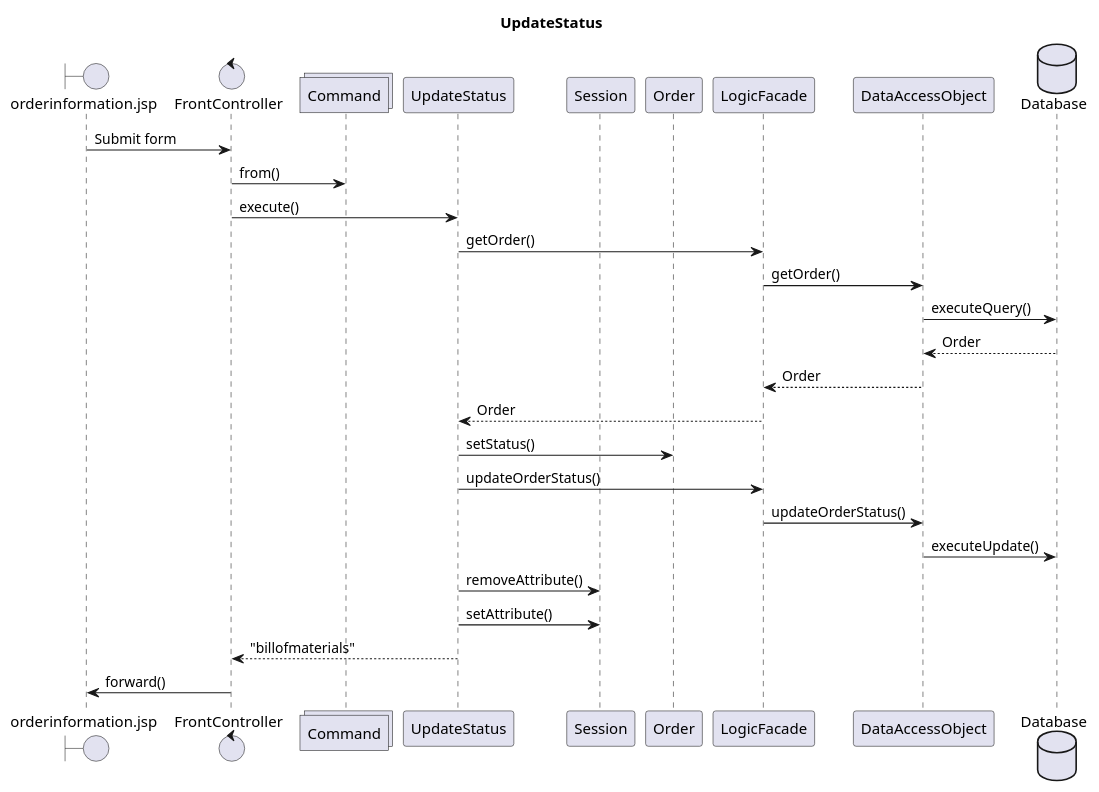
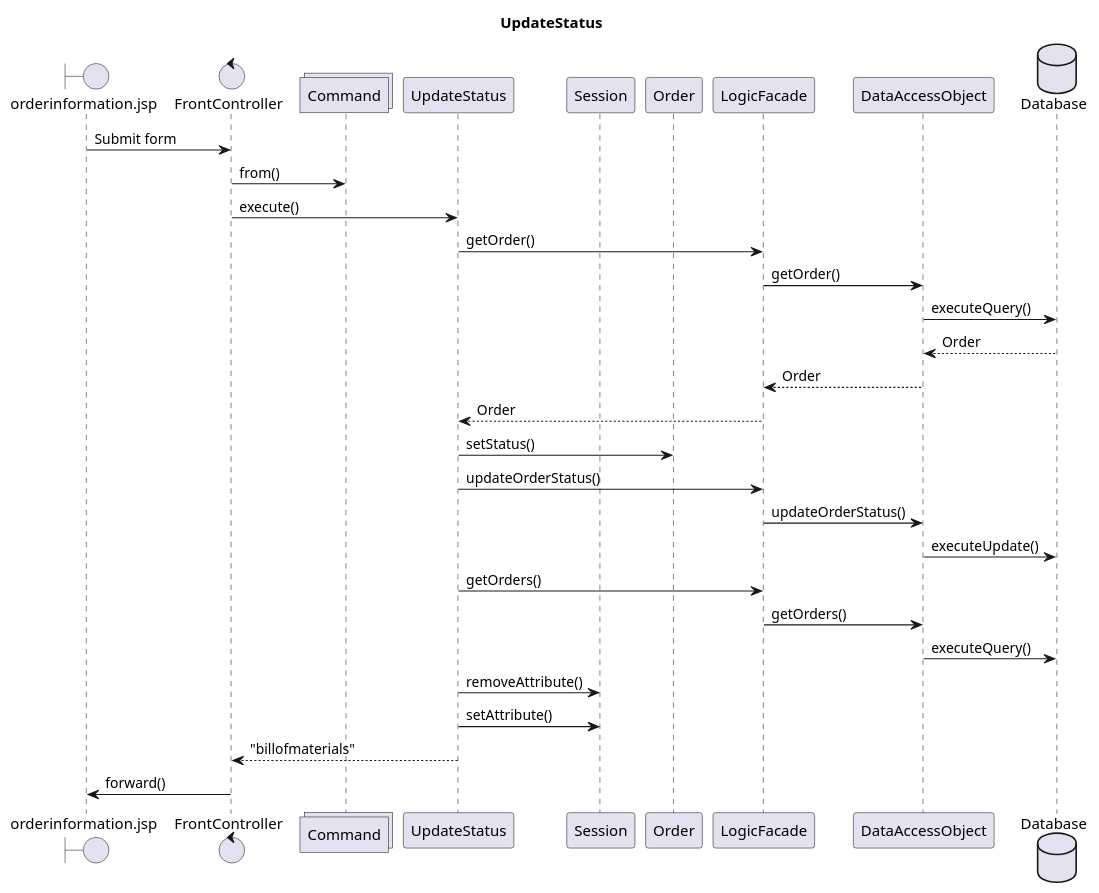
The diagram in src/main/java/Diagrams/UpdateStatusSSD.puml (EmilVHermansen/Carport), drawn with PlantUML before and after one commit. The commit also changed 1 other file, not shown here.

Commit message:
added updateStatusSSD

```diff
--- a/src/main/java/Diagrams/UpdateStatusSSD.puml
+++ b/src/main/java/Diagrams/UpdateStatusSSD.puml
@@ -1,32 +1,35 @@
 @startuml
 
 title UpdateStatus
 boundary orderinformation.jsp
 control FrontController
 collections Command
 participant UpdateStatus
 participant Session
 participant Order
 participant LogicFacade as LF
 participant DataAccessObject as DAO
 database Database as DB
 
 orderinformation.jsp -> FrontController: Submit form
 FrontController -> Command: from()
 FrontController -> UpdateStatus: execute()
 UpdateStatus -> LF: getOrder()
 LF -> DAO: getOrder()
 DAO -> DB: executeQuery()
 DB --> DAO: Order
 DAO --> LF: Order
 LF --> UpdateStatus: Order
 UpdateStatus -> Order: setStatus()
 UpdateStatus -> LF: updateOrderStatus()
 LF -> DAO: updateOrderStatus()
 DAO -> DB: executeUpdate()
+UpdateStatus -> LF: getOrders()
+LF -> DAO: getOrders()
+DAO -> DB: executeQuery()
 UpdateStatus -> Session: removeAttribute()
 UpdateStatus -> Session: setAttribute()
 UpdateStatus --> FrontController: "billofmaterials"
 FrontController -> orderinformation.jsp: forward()
 
 @enduml
```
